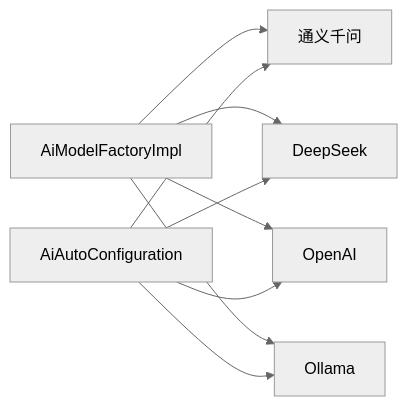
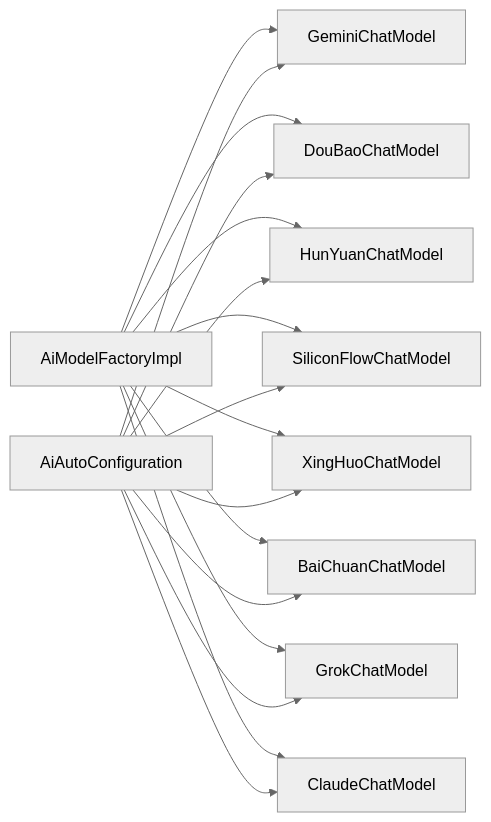
The fourth of 4 diagrams in .qoder/repowiki/zh/content/AI模型管理/AI平台集成.md (X555LB/data-ai), drawn with Mermaid (neutral theme) before and after one commit. The commit also changed other lines of this file and 9 other files, not shown here.

````diff
--- a/.qoder/repowiki/zh/content/AI模型管理/AI平台集成.md
+++ b/.qoder/repowiki/zh/content/AI模型管理/AI平台集成.md
@@ -304,11 +385,19 @@
 ```mermaid
 graph LR
-AFImpl["AiModelFactoryImpl"] --> TY["通义千问"]
-AFImpl --> DS["DeepSeek"]
-AFImpl --> OA["OpenAI"]
-AFImpl --> OL["Ollama"]
-AC["AiAutoConfiguration"] --> TY
-AC --> DS
-AC --> OA
-AC --> OL
+AFImpl["AiModelFactoryImpl"] --> GEM["GeminiChatModel"]
+AFImpl --> DOUB["DouBaoChatModel"]
+AFImpl --> HUNY["HunYuanChatModel"]
+AFImpl --> SIL["SiliconFlowChatModel"]
+AFImpl --> XH["XingHuoChatModel"]
+AFImpl --> BC["BaiChuanChatModel"]
+AFImpl --> GR["GrokChatModel"]
+AFImpl --> CLA["ClaudeChatModel"]
+AC["AiAutoConfiguration"] --> GEM
+AC --> DOUB
+AC --> HUNY
+AC --> SIL
+AC --> XH
+AC --> BC
+AC --> GR
+AC --> CLA
 ```
````
